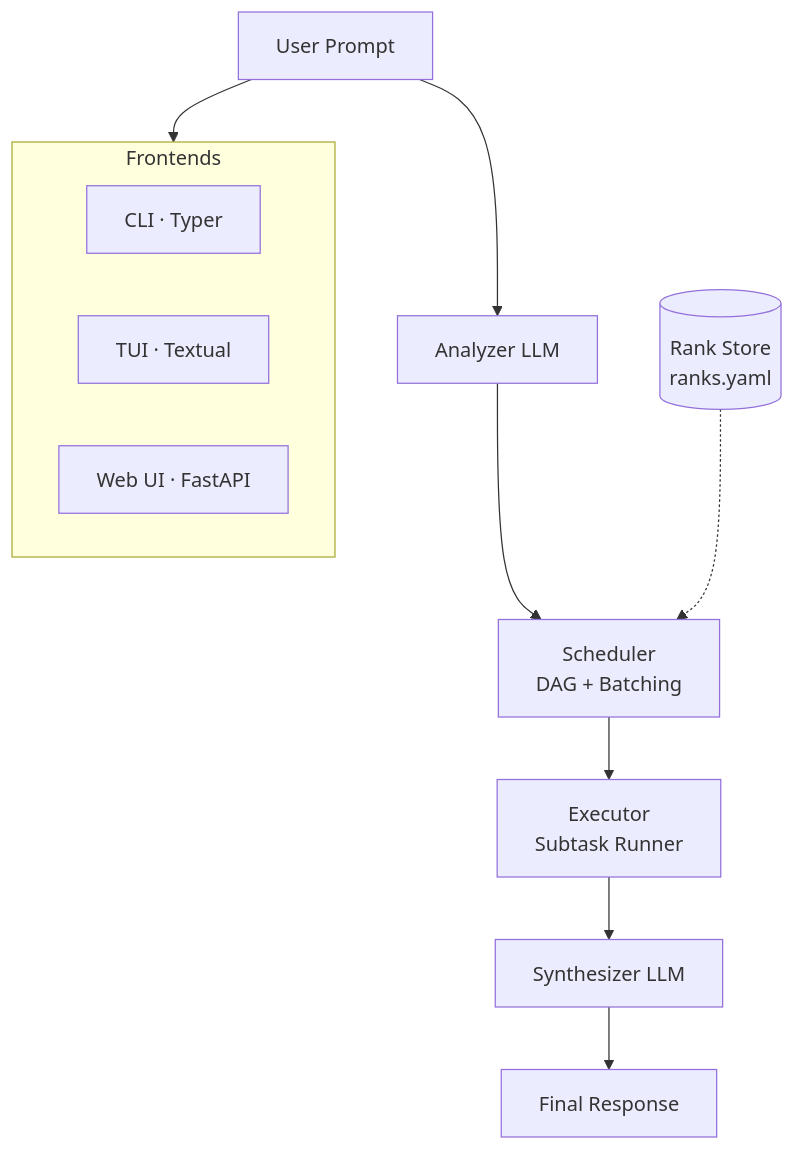
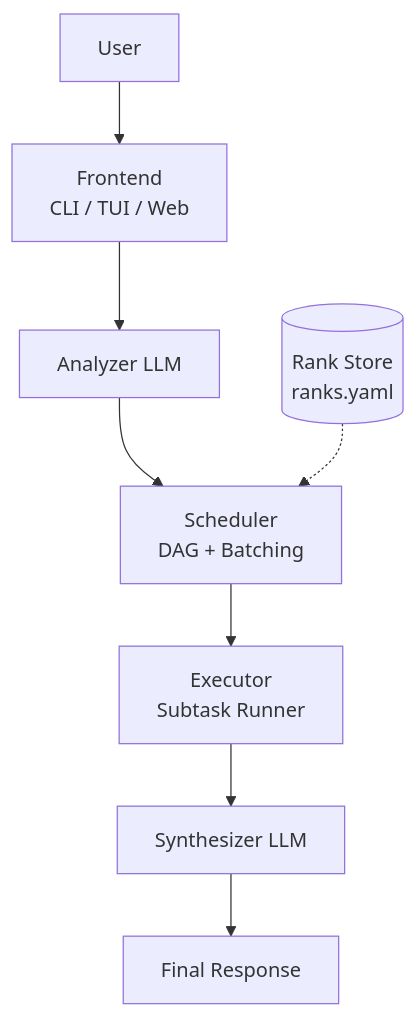
One commit to AnkithMall/polymind changed the first of 3 diagrams in README.md. Above: the diagram before and after it, drawn with Mermaid. The commit also changed other lines of this file and 1 other file, not shown here.

First line of the commit message:
Fix diagrams for readability, create LICENSE file, expand license section

````diff
--- a/README.md
+++ b/README.md
@@ -64,17 +64,10 @@
 ```mermaid
 flowchart TB
-    Prompt[User Prompt] --> Analyzer[Analyzer LLM]
+    User[User] --> FE[Frontend<br/>CLI / TUI / Web]
+    FE --> Analyzer[Analyzer LLM]
     Analyzer --> Scheduler[Scheduler<br/>DAG + Batching]
+    RankStore[(Rank Store<br/>ranks.yaml)] -.-> Scheduler
     Scheduler --> Executor[Executor<br/>Subtask Runner]
-    RankStore[(Rank Store<br/>ranks.yaml)] -.-> Scheduler
     Executor --> Synthesizer[Synthesizer LLM]
     Synthesizer --> Response[Final Response]
-
-    subgraph Frontends
-        CLI[CLI · Typer]
-        TUI[TUI · Textual]
-        Web[Web UI · FastAPI]
-    end
-
-    Prompt --> Frontends
 ```
````
